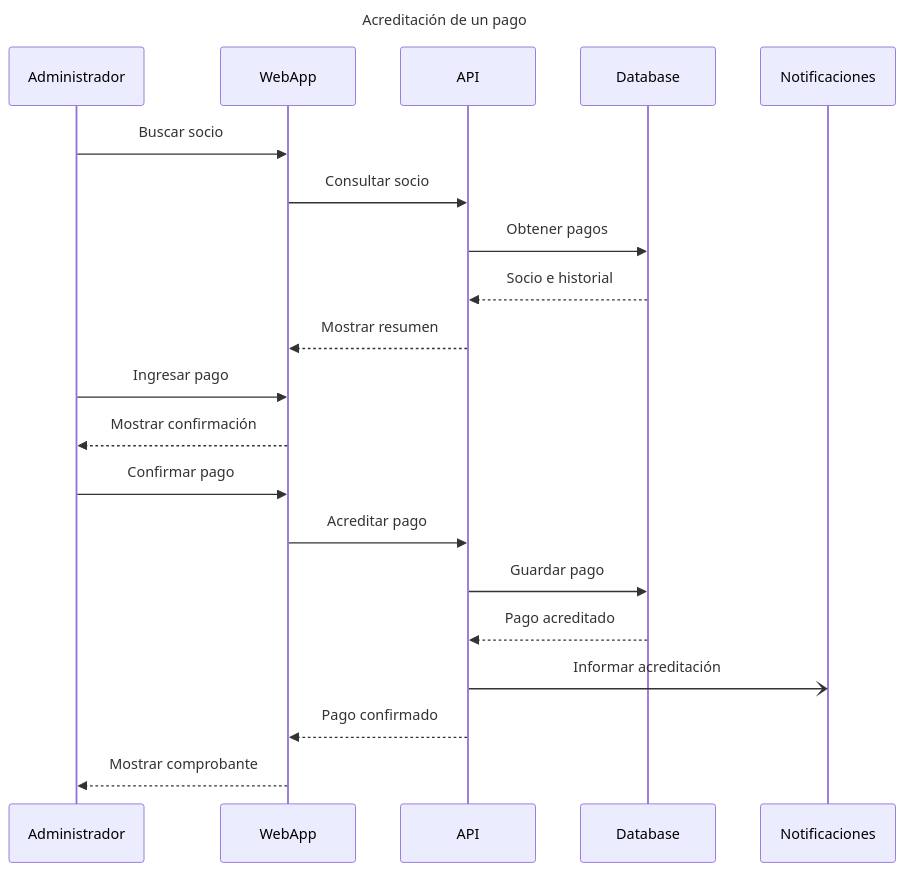
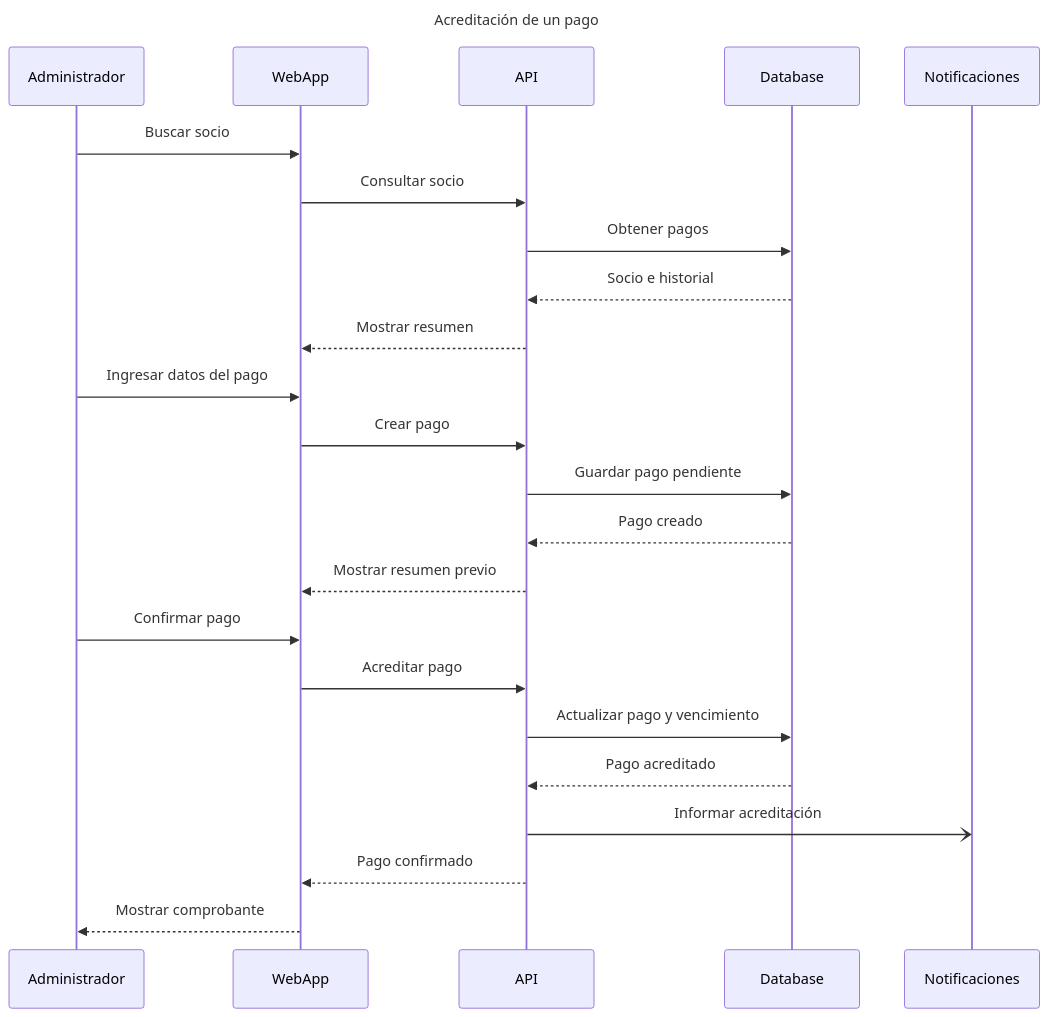
One commit to MTeamOrg/M-Team changed the second of 6 diagrams in docs/diagramas-de-secuencia.md. Above: the diagram before and after it, drawn with Mermaid. The commit also changed other lines of this file, not shown here.

Commit message:
docs: add sequence diagrams

````diff
--- a/docs/diagramas-de-secuencia.md
+++ b/docs/diagramas-de-secuencia.md
@@ -37,24 +37,27 @@
 ```mermaid
 sequenceDiagram
     title Acreditación de un pago
     participant Administrador
     participant WebApp
     participant API
     participant Database
     participant Notificaciones
 
     Administrador->>WebApp: Buscar socio
     WebApp->>API: Consultar socio
     API->>Database: Obtener pagos
     Database-->>API: Socio e historial
     API-->>WebApp: Mostrar resumen
-    Administrador->>WebApp: Ingresar pago
-    WebApp-->>Administrador: Mostrar confirmación
+    Administrador->>WebApp: Ingresar datos del pago
+    WebApp->>API: Crear pago
+    API->>Database: Guardar pago pendiente
+    Database-->>API: Pago creado
+    API-->>WebApp: Mostrar resumen previo
     Administrador->>WebApp: Confirmar pago
     WebApp->>API: Acreditar pago
-    API->>Database: Guardar pago
+    API->>Database: Actualizar pago y vencimiento
     Database-->>API: Pago acreditado
     API-)Notificaciones: Informar acreditación
     API-->>WebApp: Pago confirmado
     WebApp-->>Administrador: Mostrar comprobante
 ```
````
